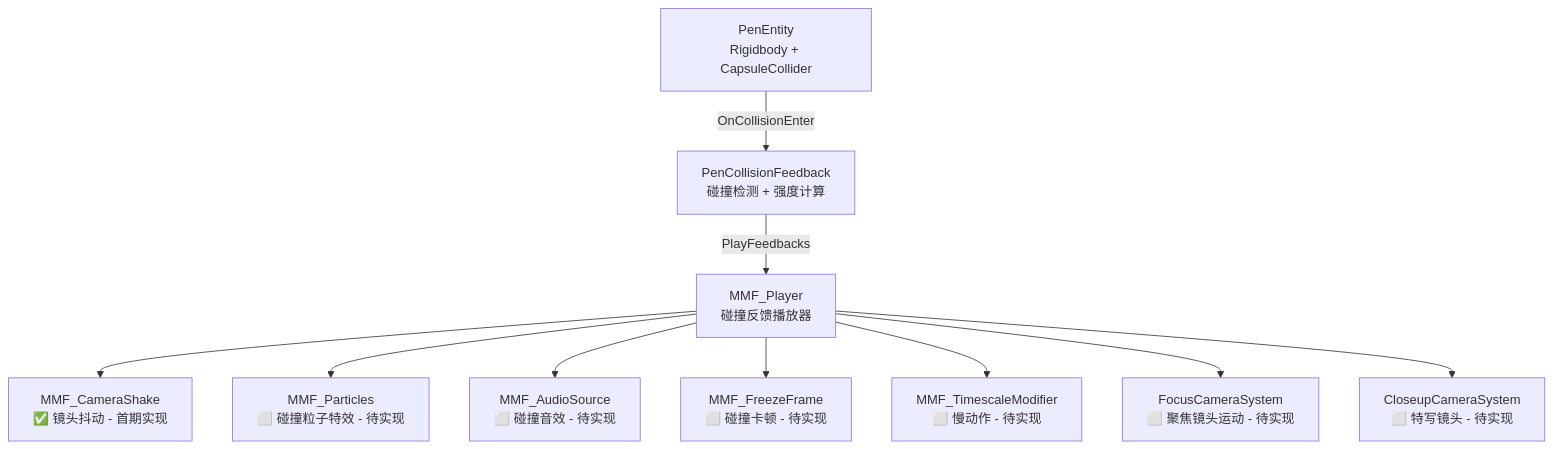
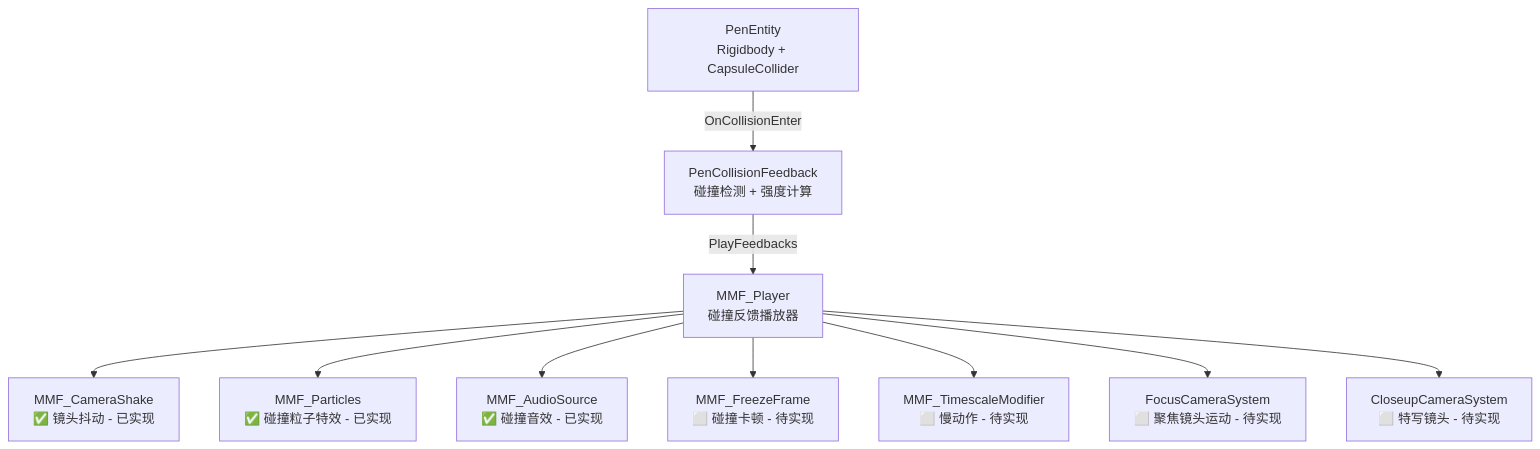
One commit to yaodapao999-design/Pen changed the diagram in plans/feel-feedback-architecture.md. Above: the diagram before and after it, drawn with Mermaid. The commit also changed other lines of this file and 259 other files, not shown here.

````diff
--- a/plans/feel-feedback-architecture.md
+++ b/plans/feel-feedback-architecture.md
@@ -10,12 +10,12 @@
 ```mermaid
 graph TD
     A[PenEntity<br/>Rigidbody + CapsuleCollider] -->|OnCollisionEnter| B[PenCollisionFeedback<br/>碰撞检测 + 强度计算]
     B -->|PlayFeedbacks| C[MMF_Player<br/>碰撞反馈播放器]
-    C --> D1[MMF_CameraShake<br/>✅ 镜头抖动 - 首期实现]
-    C --> D2[MMF_Particles<br/>⬜ 碰撞粒子特效 - 待实现]
-    C --> D3[MMF_AudioSource<br/>⬜ 碰撞音效 - 待实现]
+    C --> D1[MMF_CameraShake<br/>✅ 镜头抖动 - 已实现]
+    C --> D2[MMF_Particles<br/>✅ 碰撞粒子特效 - 已实现]
+    C --> D3[MMF_AudioSource<br/>✅ 碰撞音效 - 已实现]
     C --> D4[MMF_FreezeFrame<br/>⬜ 碰撞卡顿 - 待实现]
     C --> D5[MMF_TimescaleModifier<br/>⬜ 慢动作 - 待实现]
     C --> D6[FocusCameraSystem<br/>⬜ 聚焦镜头运动 - 待实现]
     C --> D7[CloseupCameraSystem<br/>⬜ 特写镜头 - 待实现]
 ```
````
